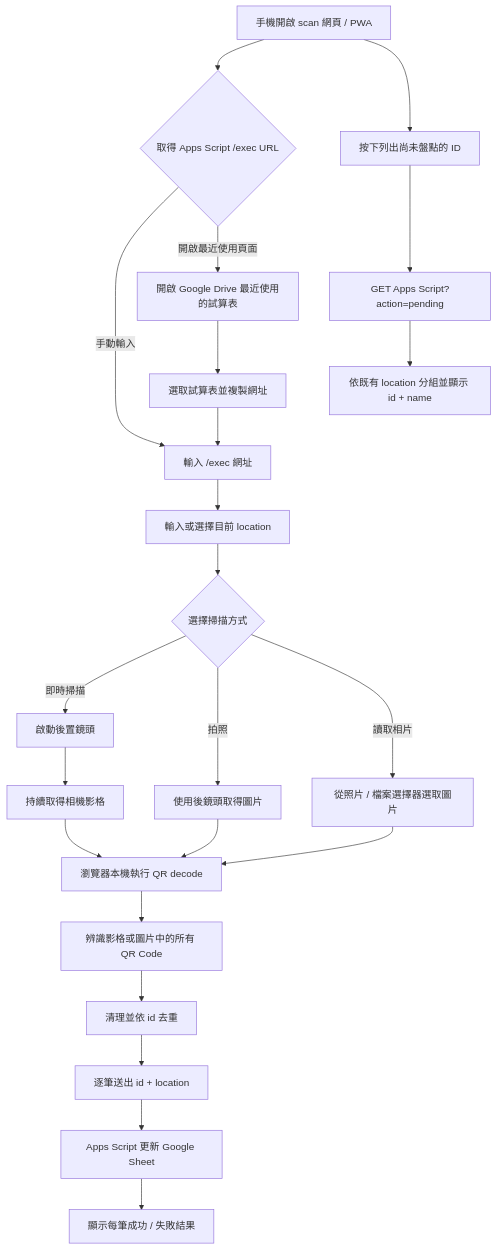
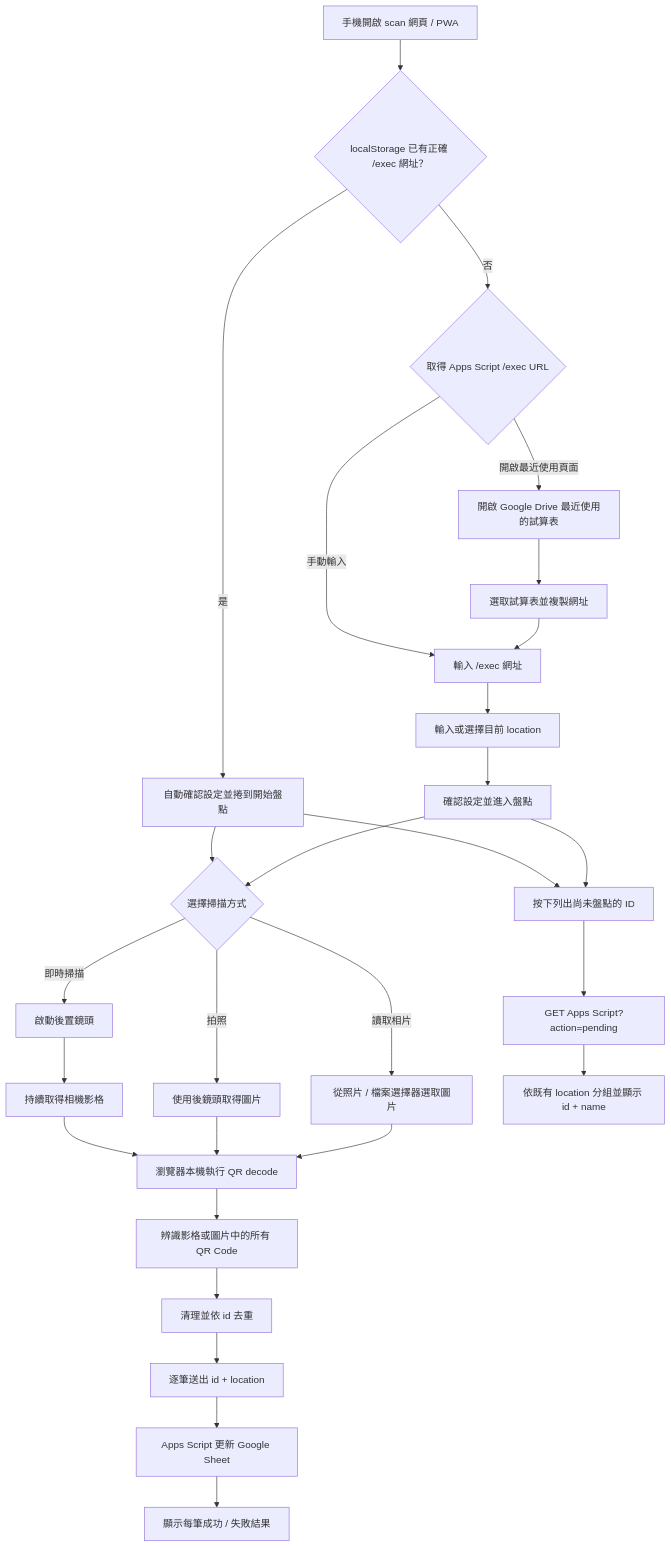
One commit to pulipulichen/Mobile-Inventory-Scanner changed the diagram in scan/README.md. Above: the diagram before and after it, drawn with Mermaid. The commit also changed other lines of this file and 17 other files, not shown here.

````diff
--- a/scan/README.md
+++ b/scan/README.md
@@ -57,25 +58,30 @@
 ```mermaid
 flowchart TD
-    A["手機開啟 scan 網頁 / PWA"] --> B{"取得 Apps Script /exec URL"}
-    B -->|"手動輸入"| C["輸入 /exec 網址"]
-    B -->|"開啟最近使用頁面"| D["開啟 Google Drive 最近使用的試算表"]
-    D --> E["選取試算表並複製網址"]
-    E --> C
-    C --> F["輸入或選擇目前 location"]
-    F --> G{"選擇掃描方式"}
-    G -->|"即時掃描"| H["啟動後置鏡頭"]
-    H --> I["持續取得相機影格"]
-    G -->|"拍照"| J["使用後鏡頭取得圖片"]
-    G -->|"讀取相片"| K["從照片 / 檔案選擇器選取圖片"]
-    I --> L["瀏覽器本機執行 QR decode"]
-    J --> L
-    K --> L
-    L --> M["辨識影格或圖片中的所有 QR Code"]
-    M --> N["清理並依 id 去重"]
-    N --> O["逐筆送出 id + location"]
-    O --> P["Apps Script 更新 Google Sheet"]
-    P --> Q["顯示每筆成功 / 失敗結果"]
-    A --> R["按下列出尚未盤點的 ID"]
-    R --> S["GET Apps Script?action=pending"]
-    S --> T["依既有 location 分組並顯示 id + name"]
+    A["手機開啟 scan 網頁 / PWA"] --> B{"localStorage 已有正確 /exec 網址？"}
+    B -->|"是"| C["自動確認設定並捲到開始盤點"]
+    B -->|"否"| D{"取得 Apps Script /exec URL"}
+    D -->|"手動輸入"| E["輸入 /exec 網址"]
+    D -->|"開啟最近使用頁面"| F["開啟 Google Drive 最近使用的試算表"]
+    F --> G["選取試算表並複製網址"]
+    G --> E
+    E --> H["輸入或選擇目前 location"]
+    H --> I["確認設定並進入盤點"]
+    C --> J{"選擇掃描方式"}
+    I --> J
+    J -->|"即時掃描"| K["啟動後置鏡頭"]
+    K --> L["持續取得相機影格"]
+    J -->|"拍照"| M["使用後鏡頭取得圖片"]
+    J -->|"讀取相片"| N["從照片 / 檔案選擇器選取圖片"]
+    L --> O["瀏覽器本機執行 QR decode"]
+    M --> O
+    N --> O
+    O --> P["辨識影格或圖片中的所有 QR Code"]
+    P --> Q["清理並依 id 去重"]
+    Q --> R["逐筆送出 id + location"]
+    R --> S["Apps Script 更新 Google Sheet"]
+    S --> T["顯示每筆成功 / 失敗結果"]
+    C --> U["按下列出尚未盤點的 ID"]
+    I --> U
+    U --> V["GET Apps Script?action=pending"]
+    V --> W["依既有 location 分組並顯示 id + name"]
 ```
````
